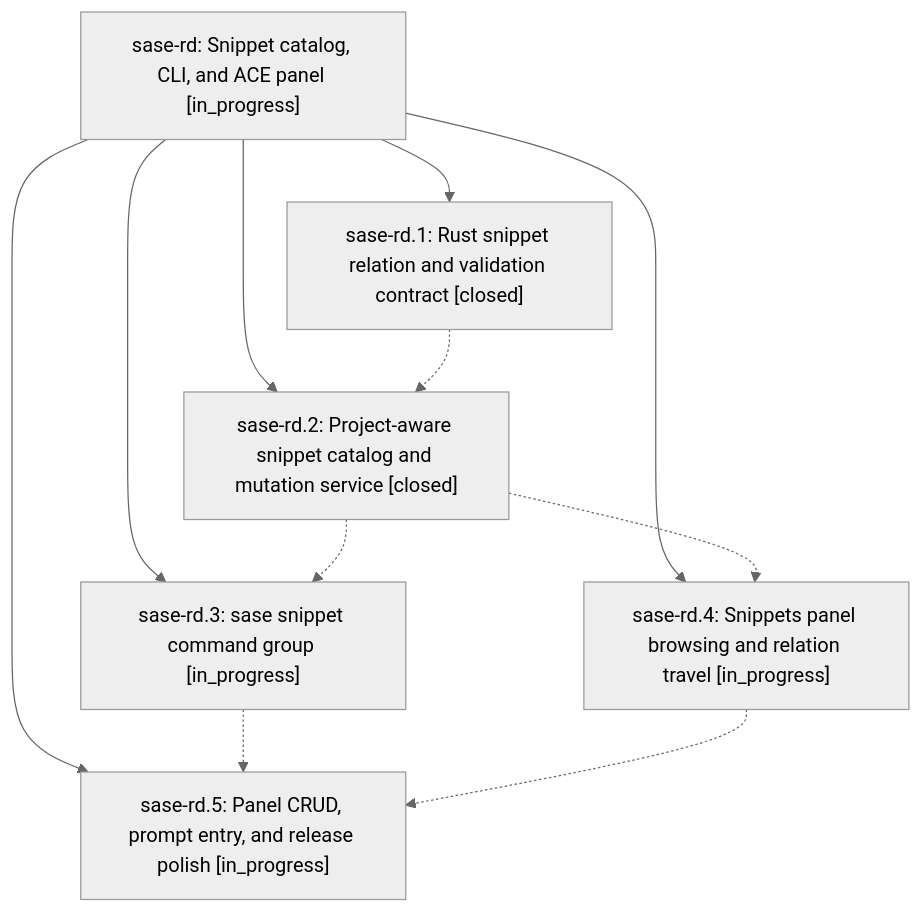
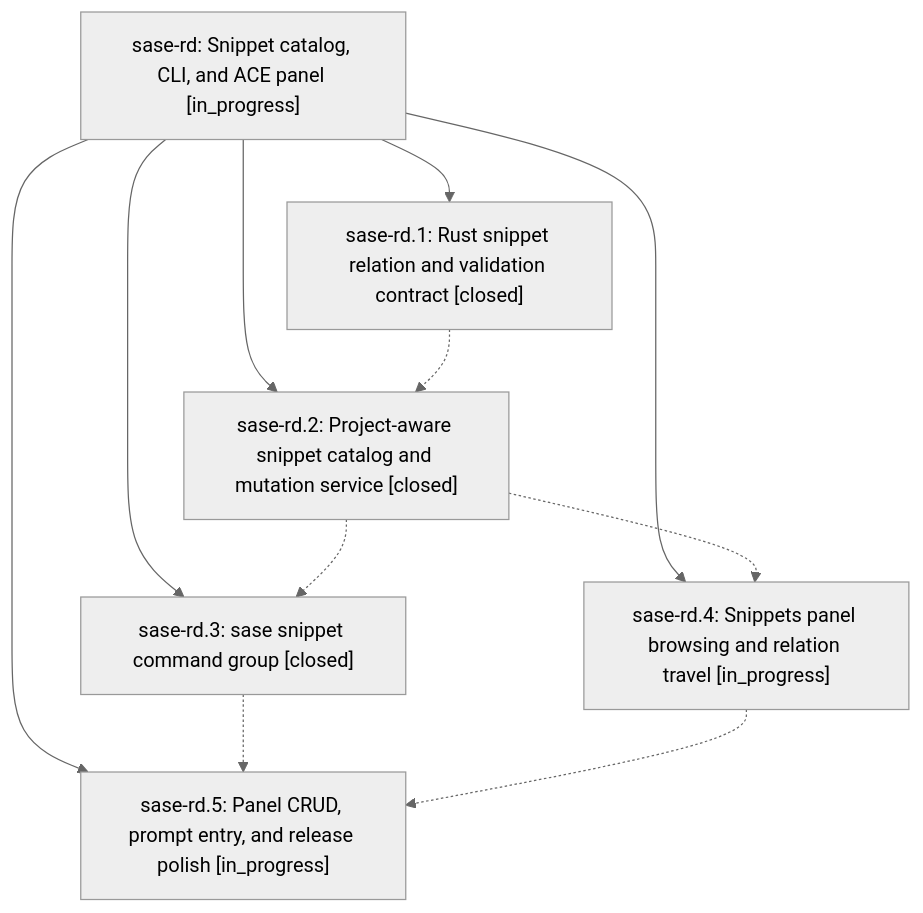
The diagram in pages/sase-rd/README.md (sase-org/sase--beads), drawn with Mermaid (neutral theme) before and after one commit. The commit also changed other lines of this file and 3 other files, not shown here.

````diff
--- a/pages/sase-rd/README.md
+++ b/pages/sase-rd/README.md
@@ -26,19 +26,19 @@
 ```mermaid
 flowchart TD
     n0["sase-rd: Snippet catalog, CLI, and ACE panel [in_progress]"]
     n1["sase-rd.1: Rust snippet relation and validation contract [closed]"]
     n2["sase-rd.2: Project-aware snippet catalog and mutation service [closed]"]
-    n3["sase-rd.3: sase snippet command group [in_progress]"]
+    n3["sase-rd.3: sase snippet command group [closed]"]
     n4["sase-rd.4: Snippets panel browsing and relation travel [in_progress]"]
     n5["sase-rd.5: Panel CRUD, prompt entry, and release polish [in_progress]"]
     n0 --> n1
     n0 --> n2
     n0 --> n3
     n0 --> n4
     n0 --> n5
     n1 -.-> n2
     n2 -.-> n3
     n2 -.-> n4
     n3 -.-> n5
     n4 -.-> n5
 ```
````
